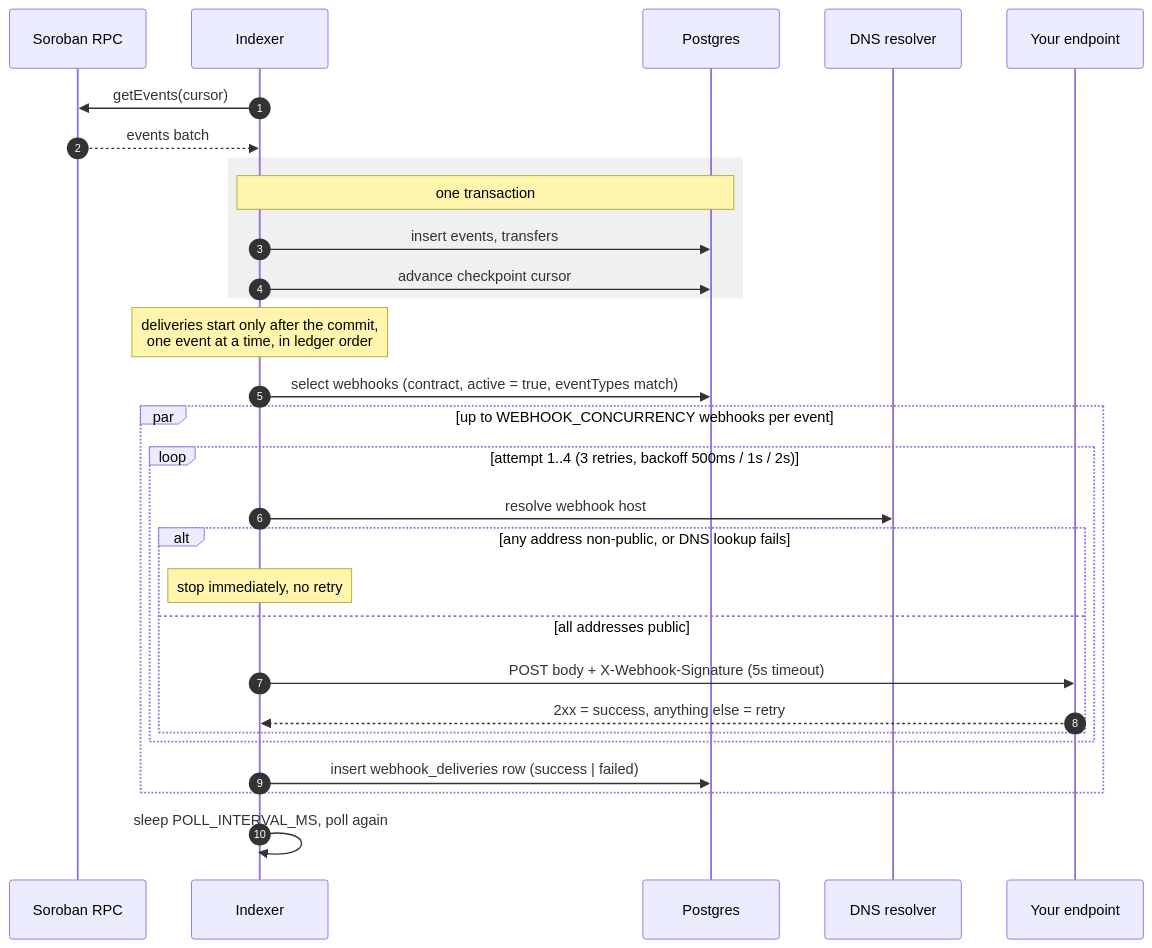
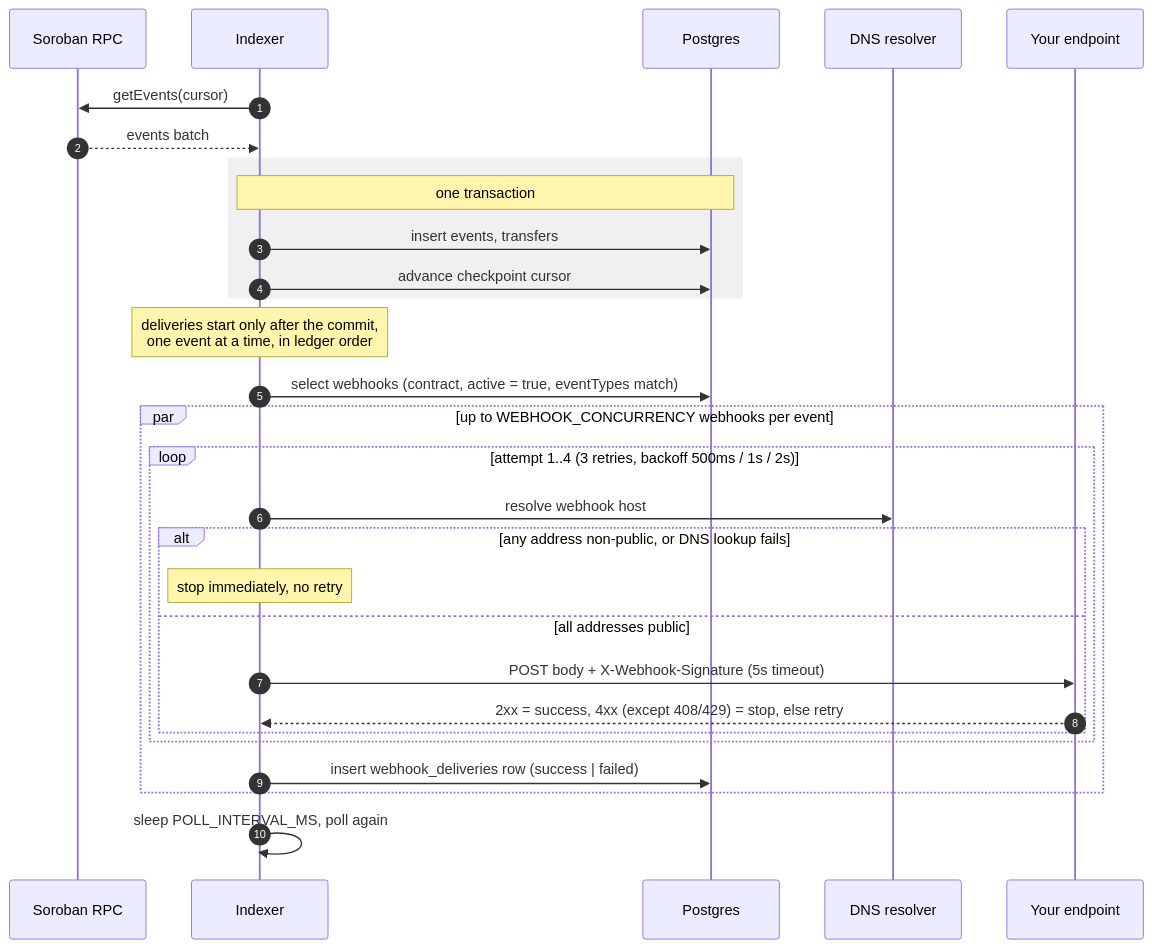
The diagram in docs/webhooks.md (cyfer-codes/stellarlens), drawn with Mermaid before and after one commit. The commit also changed other lines of this file and 4 other files, not shown here.

````diff
--- a/docs/webhooks.md
+++ b/docs/webhooks.md
@@ -24,32 +24,32 @@
 ```mermaid
 sequenceDiagram
     autonumber
     participant RPC as Soroban RPC
     participant IDX as Indexer
     participant DB as Postgres
     participant DNS as DNS resolver
     participant EP as Your endpoint
 
     IDX->>RPC: getEvents(cursor)
     RPC-->>IDX: events batch
     rect rgb(240, 240, 240)
     note over IDX,DB: one transaction
     IDX->>DB: insert events, transfers
     IDX->>DB: advance checkpoint cursor
     end
     note over IDX: deliveries start only after the commit,<br/>one event at a time, in ledger order
     IDX->>DB: select webhooks (contract, active = true, eventTypes match)
     par up to WEBHOOK_CONCURRENCY webhooks per event
         loop attempt 1..4 (3 retries, backoff 500ms / 1s / 2s)
             IDX->>DNS: resolve webhook host
             alt any address non-public, or DNS lookup fails
                 note over IDX: stop immediately, no retry
             else all addresses public
                 IDX->>EP: POST body + X-Webhook-Signature (5s timeout)
-                EP-->>IDX: 2xx = success, anything else = retry
+                EP-->>IDX: 2xx = success, 4xx (except 408/429) = stop, else retry
             end
         end
         IDX->>DB: insert webhook_deliveries row (success | failed)
     end
     IDX->>IDX: sleep POLL_INTERVAL_MS, poll again
 ```
````
